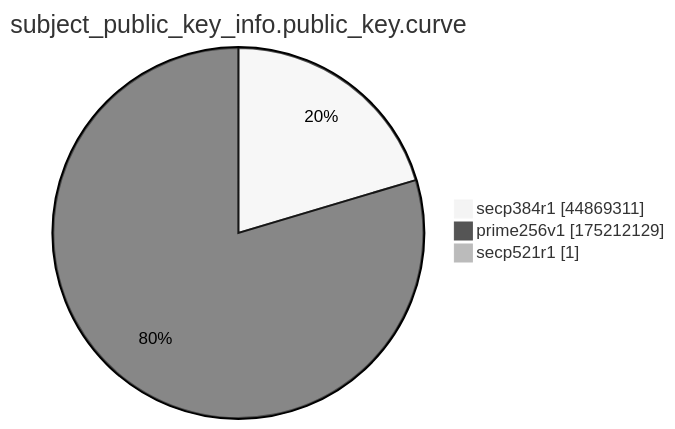
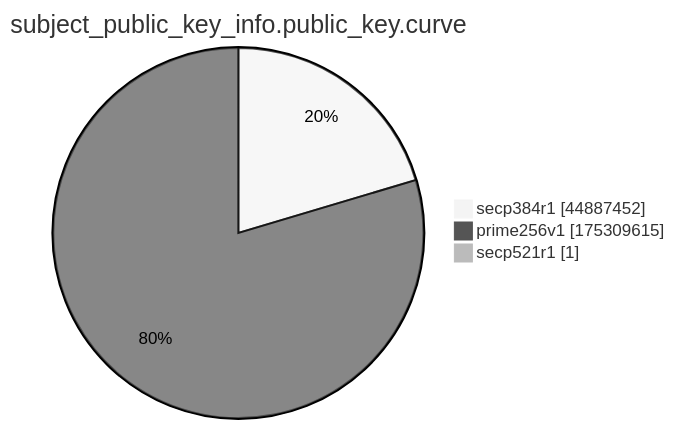
One commit to christiankrug/ctmonitor_visualization changed the ninth of 15 diagrams in xenon2022/README.md. Above: the diagram before and after it, drawn with Mermaid (neutral theme). The commit also changed other lines of this file, not shown here.

````diff
--- a/xenon2022/README.md
+++ b/xenon2022/README.md
@@ -2871,7 +2872,7 @@
 ```mermaid
 pie showData
 title subject_public_key_info.public_key.curve
-"secp384r1" :44869311
-"prime256v1" :175212129
+"secp384r1" :44887452
+"prime256v1" :175309615
 "secp521r1" :1
 ```
````
